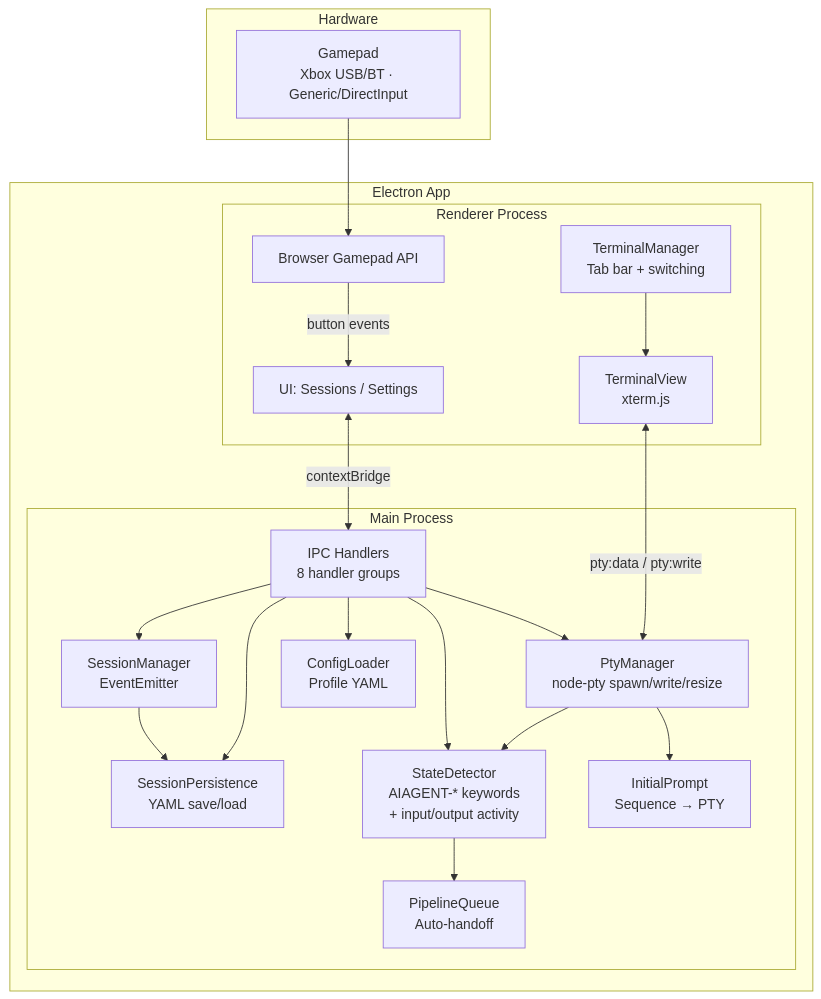
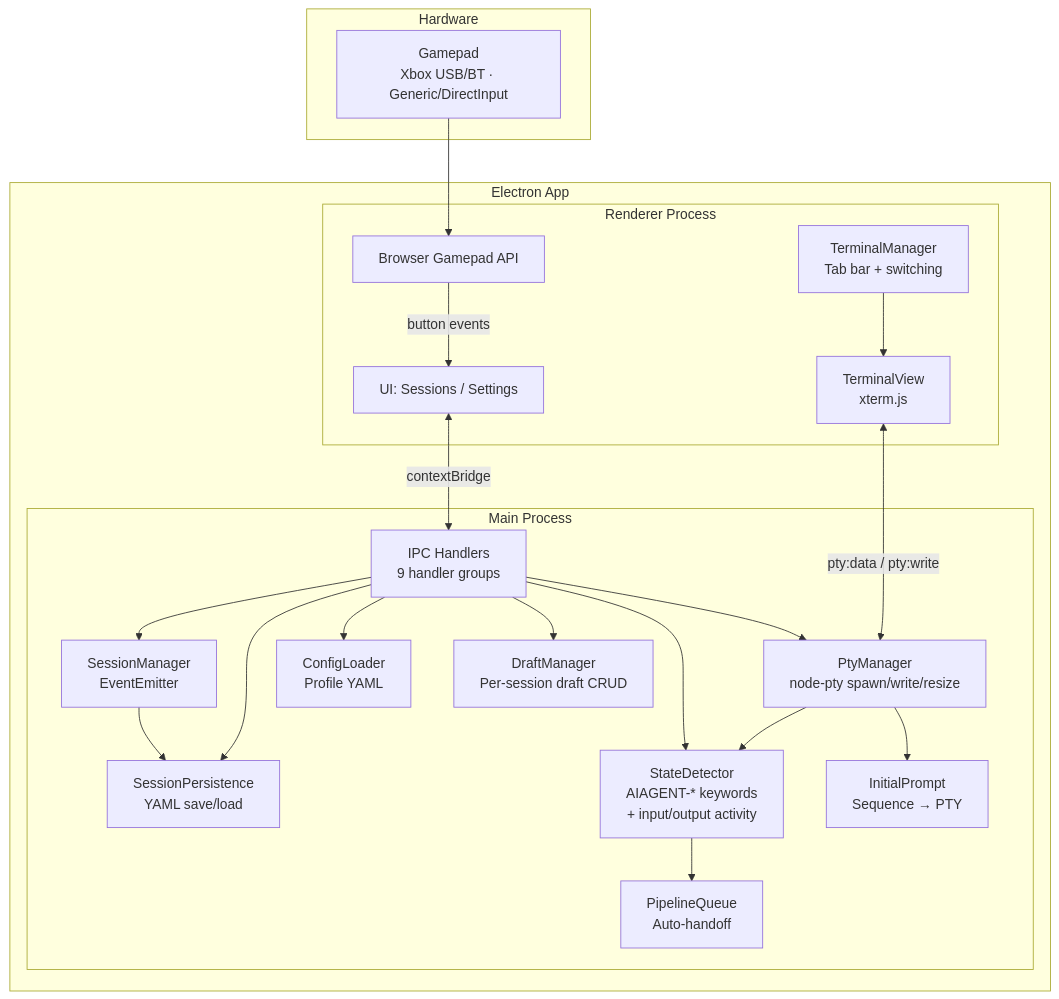
The diagram in CLAUDE.md (PetePeter/gamepad-cli-hub), drawn with Mermaid before and after one commit. The commit also changed other lines of this file and 33 other files, not shown here.

````diff
--- a/CLAUDE.md
+++ b/CLAUDE.md
@@ -9,42 +9,44 @@
 ```mermaid
 graph TB
     subgraph Hardware
         XC[Gamepad<br/>Xbox USB/BT · Generic/DirectInput]
     end
 
     subgraph "Electron App"
         subgraph "Renderer Process"
             UI[UI: Sessions / Settings]
             BGA[Browser Gamepad API]
             TM[TerminalManager<br/>Tab bar + switching]
             TV[TerminalView<br/>xterm.js]
         end
 
         subgraph "Main Process"
-            IPC[IPC Handlers<br/>8 handler groups]
+            IPC[IPC Handlers<br/>9 handler groups]
             SM[SessionManager<br/>EventEmitter]
             SP[SessionPersistence<br/>YAML save/load]
             PTY[PtyManager<br/>node-pty spawn/write/resize]
             SD[StateDetector<br/>AIAGENT-* keywords<br/>+ input/output activity]
             PQ[PipelineQueue<br/>Auto-handoff]
             IP[InitialPrompt<br/>Sequence → PTY]
             CL[ConfigLoader<br/>Profile YAML]
+            DM[DraftManager<br/>Per-session draft CRUD]
         end
 
         UI <-->|contextBridge| IPC
         BGA -->|button events| UI
         TM --> TV
         TV <-->|pty:data / pty:write| PTY
     end
 
     XC --> BGA
     IPC --> SM
     IPC --> SP
     IPC --> PTY
     IPC --> CL
+    IPC --> DM
     SM --> SP
     PTY --> SD
     IPC --> SD
     SD --> PQ
     PTY --> IP
 ```
````
